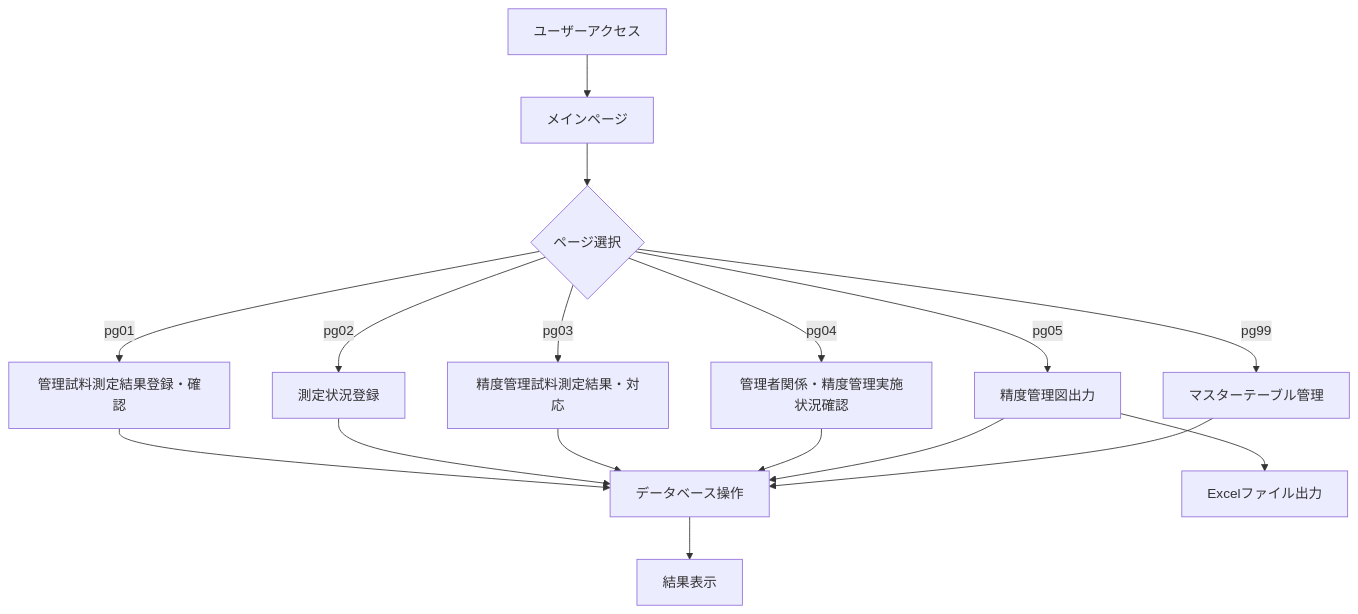
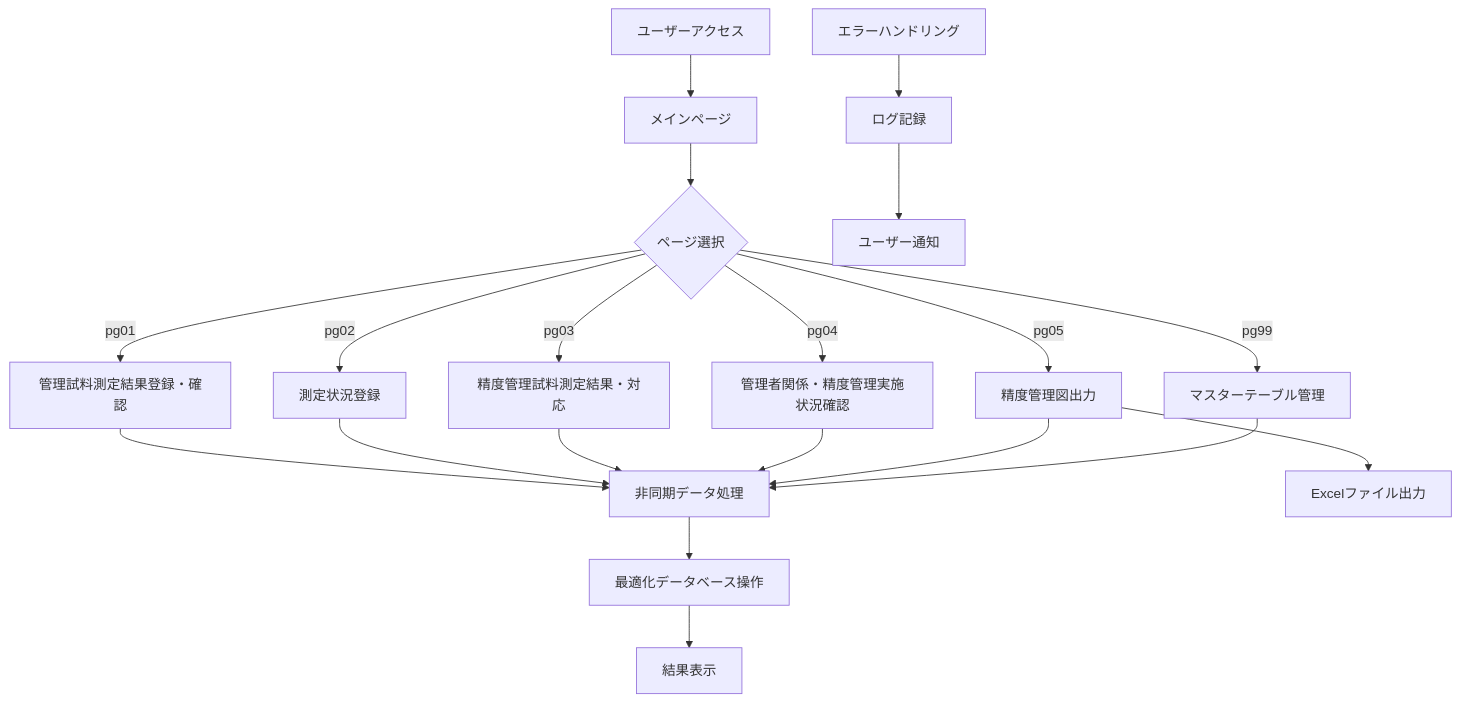
Before and after one commit to takashi-oi/qc_ariken_tpkyo: the first of 12 diagrams in docs/関数フロー図.md, drawn with Mermaid. The commit also changed other lines of this file and 28 other files, not shown here.

````diff
--- a/docs/関数フロー図.md
+++ b/docs/関数フロー図.md
@@ -5,22 +5,26 @@
 ```mermaid
 graph TD
     A[ユーザーアクセス] --> B[メインページ]
     B --> C{ページ選択}
-    
+
     C -->|pg01| D[管理試料測定結果登録・確認]
     C -->|pg02| E[測定状況登録]
     C -->|pg03| F[精度管理試料測定結果・対応]
     C -->|pg04| G[管理者関係・精度管理実施状況確認]
     C -->|pg05| H[精度管理図出力]
     C -->|pg99| I[マスターテーブル管理]
-    
-    D --> J[データベース操作]
+
+    D --> J[非同期データ処理]
     E --> J
     F --> J
     G --> J
     H --> J
     I --> J
-    
-    J --> K[結果表示]
-    H --> L[Excelファイル出力]
+
+    J --> K[最適化データベース操作]
+    K --> L[結果表示]
+    H --> M[Excelファイル出力]
+
+    N[エラーハンドリング] --> O[ログ記録]
+    O --> P[ユーザー通知]
 ```
````
